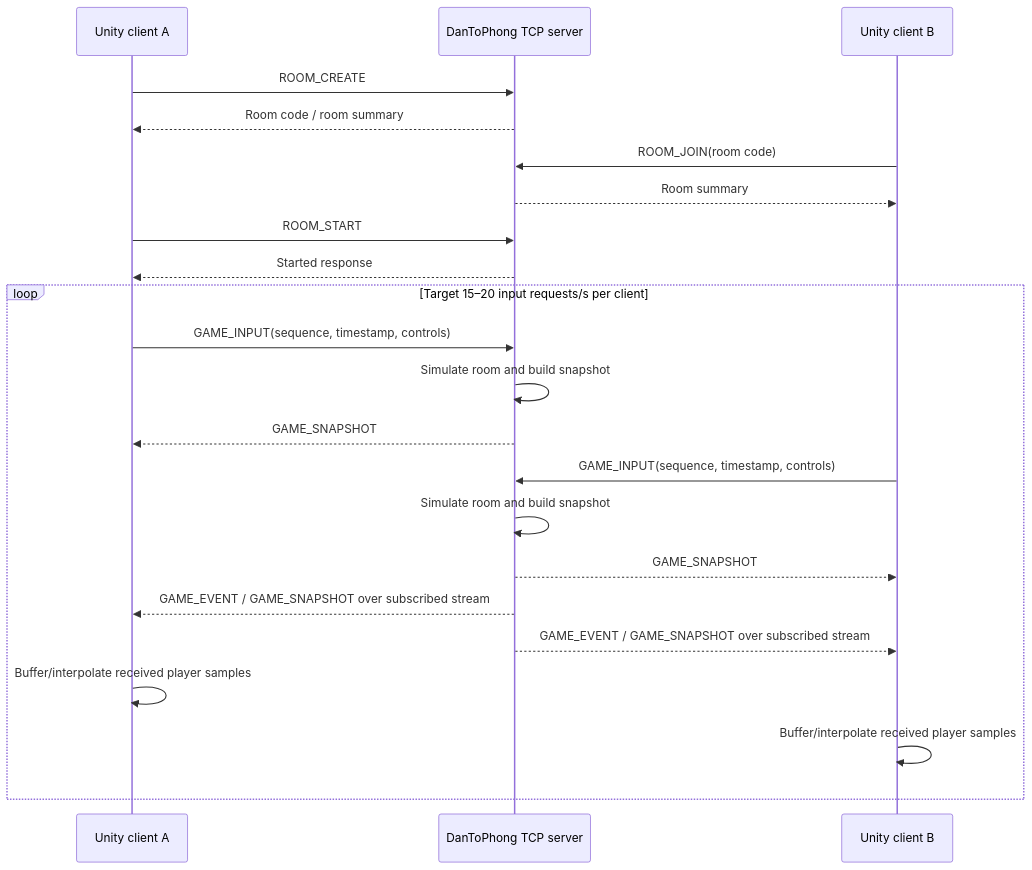
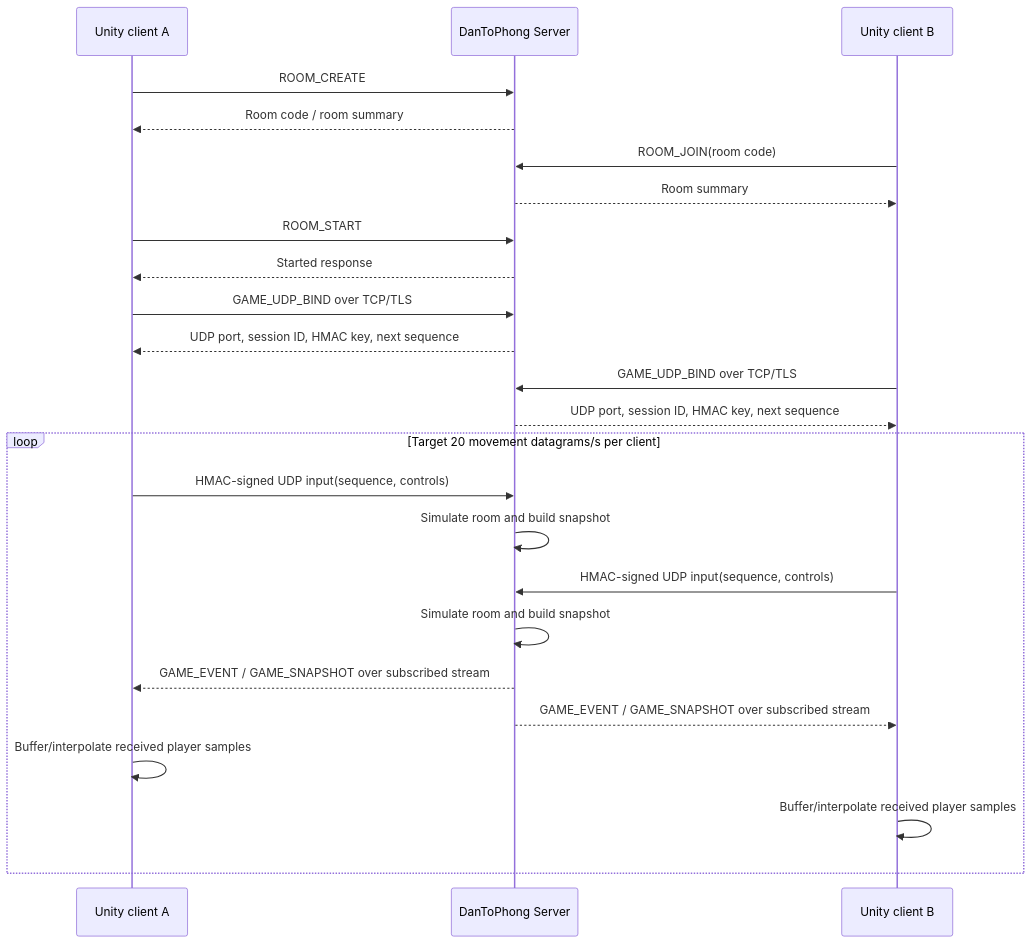
The second of 3 diagrams in docs/protocol.md (thanhnhi8769-ctrl/DanToPhong), drawn with Mermaid before and after one commit. The commit also changed other lines of this file and 126 other files, not shown here.

````diff
--- a/docs/protocol.md
+++ b/docs/protocol.md
@@ -186,24 +223,26 @@
 ```mermaid
 sequenceDiagram
     participant A as Unity client A
-    participant S as DanToPhong TCP server
+    participant S as DanToPhong Server
     participant B as Unity client B
     A->>S: ROOM_CREATE
     S-->>A: Room code / room summary
     B->>S: ROOM_JOIN(room code)
     S-->>B: Room summary
     A->>S: ROOM_START
     S-->>A: Started response
-    loop Target 15–20 input requests/s per client
-        A->>S: GAME_INPUT(sequence, timestamp, controls)
+    A->>S: GAME_UDP_BIND over TCP/TLS
+    S-->>A: UDP port, session ID, HMAC key, next sequence
+    B->>S: GAME_UDP_BIND over TCP/TLS
+    S-->>B: UDP port, session ID, HMAC key, next sequence
+    loop Target 20 movement datagrams/s per client
+        A->>S: HMAC-signed UDP input(sequence, controls)
         S->>S: Simulate room and build snapshot
-        S-->>A: GAME_SNAPSHOT
-        B->>S: GAME_INPUT(sequence, timestamp, controls)
+        B->>S: HMAC-signed UDP input(sequence, controls)
         S->>S: Simulate room and build snapshot
-        S-->>B: GAME_SNAPSHOT
         S-->>A: GAME_EVENT / GAME_SNAPSHOT over subscribed stream
         S-->>B: GAME_EVENT / GAME_SNAPSHOT over subscribed stream
         A->>A: Buffer/interpolate received player samples
         B->>B: Buffer/interpolate received player samples
     end
 ```
````
